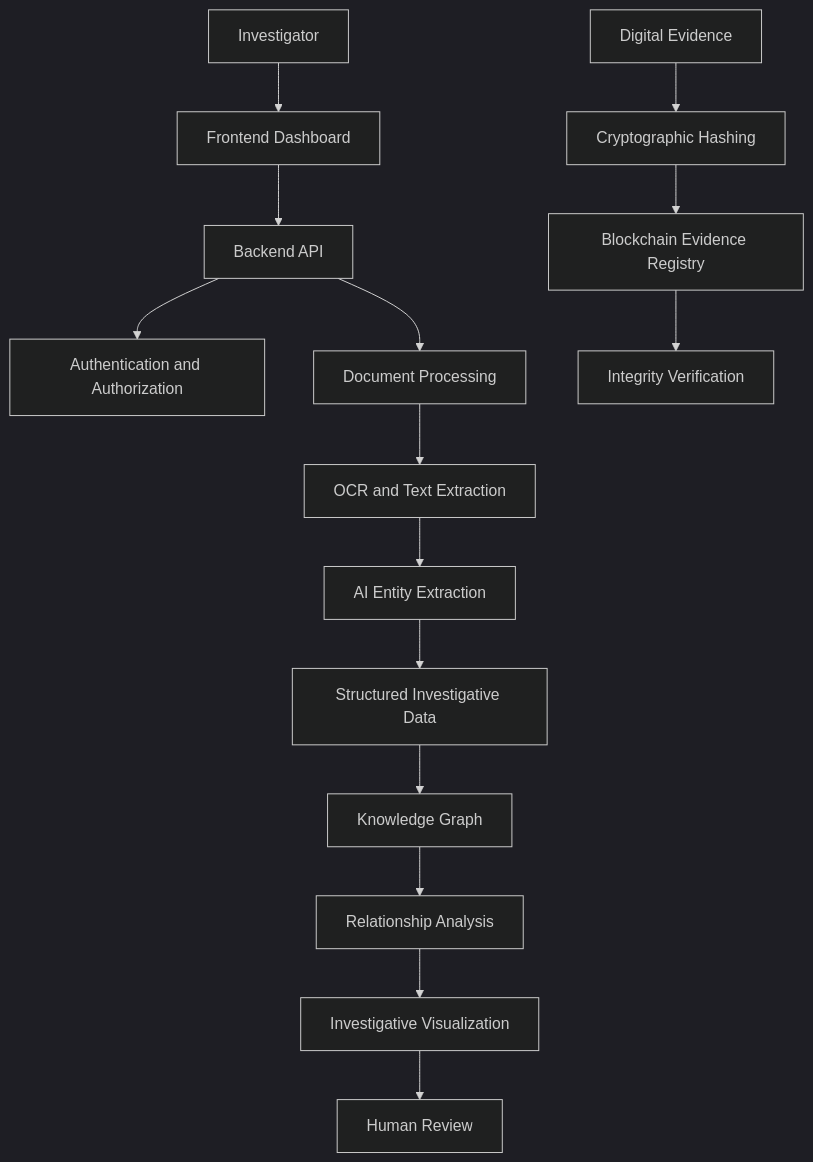
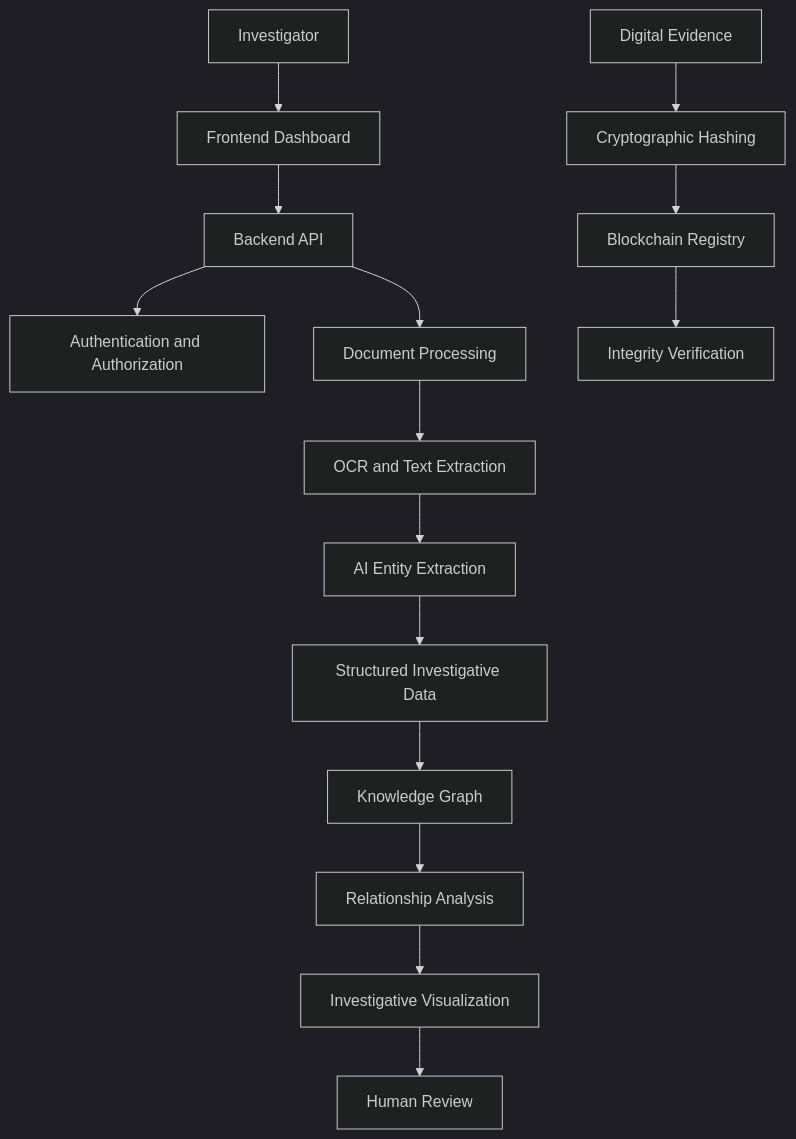
One commit to lakshiii08/Tracia changed the diagram in README.md. Above: the diagram before and after it, drawn with Mermaid (dark theme). The commit also changed other lines of this file, not shown here.

````diff
--- a/README.md
+++ b/README.md
@@ -110,18 +153,21 @@
 ```mermaid
 flowchart TD
     A[Investigator] --> B[Frontend Dashboard]
     B --> C[Backend API]
+
     C --> D[Authentication and Authorization]
     C --> E[Document Processing]
+
     E --> F[OCR and Text Extraction]
     F --> G[AI Entity Extraction]
     G --> H[Structured Investigative Data]
+
     H --> I[Knowledge Graph]
     I --> J[Relationship Analysis]
     J --> K[Investigative Visualization]
     K --> L[Human Review]
 
     M[Digital Evidence] --> N[Cryptographic Hashing]
-    N --> O[Blockchain Evidence Registry]
+    N --> O[Blockchain Registry]
     O --> P[Integrity Verification]
 ```
````
